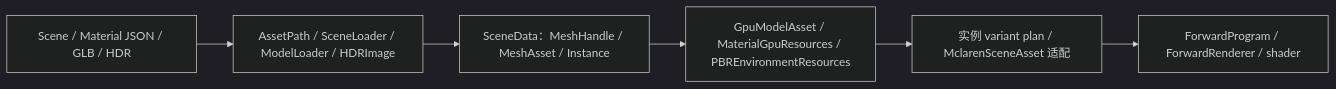
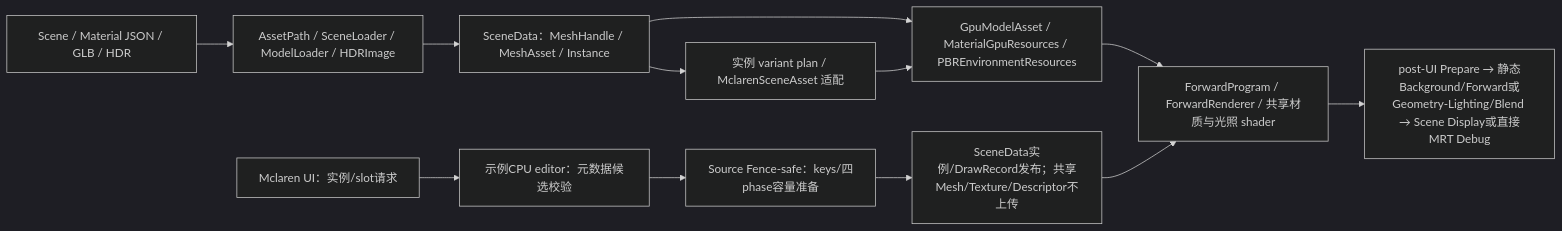
One commit to Cyberyb/KuEngine changed the second of 2 diagrams in docs/structure/current-architecture.md. Above: the diagram before and after it, drawn with Mermaid (dark theme). The commit also changed other lines of this file and 122 other files, not shown here.

````diff
--- a/docs/structure/current-architecture.md
+++ b/docs/structure/current-architecture.md
@@ -47,10 +47,19 @@
 ```mermaid
 flowchart LR
     Disk["Scene / Material JSON / GLB / HDR"]
     CPU["AssetPath / SceneLoader / ModelLoader / HDRImage"]
     Scene["SceneData：MeshHandle / MeshAsset / Instance"]
     GPU["GpuModelAsset / MaterialGpuResources / PBREnvironmentResources"]
     Resource["实例 variant plan / MclarenSceneAsset 适配"]
-    PBR["ForwardProgram / ForwardRenderer / shader"]
-    Disk --> CPU --> Scene --> GPU --> Resource --> PBR
+    PBR["ForwardProgram / ForwardRenderer / 共享材质与光照 shader"]
+    Deferred["post-UI Prepare → 静态Background/Forward或Geometry-Lighting/Blend → Scene Display或直接MRT Debug"]
+    Disk --> CPU --> Scene
+    Scene --> Resource
+    Scene --> GPU
+    Resource --> GPU --> PBR
+    PBR --> Deferred
+    Edit["Mclaren UI：实例/slot请求"] --> Candidate["示例CPU editor：元数据候选校验"]
+    Candidate --> Safe["Source Fence-safe：keys/四phase容量准备"]
+    Safe --> Data["SceneData实例/DrawRecord发布；共享Mesh/Texture/Descriptor不上传"]
+    Data --> PBR
 ```
````
